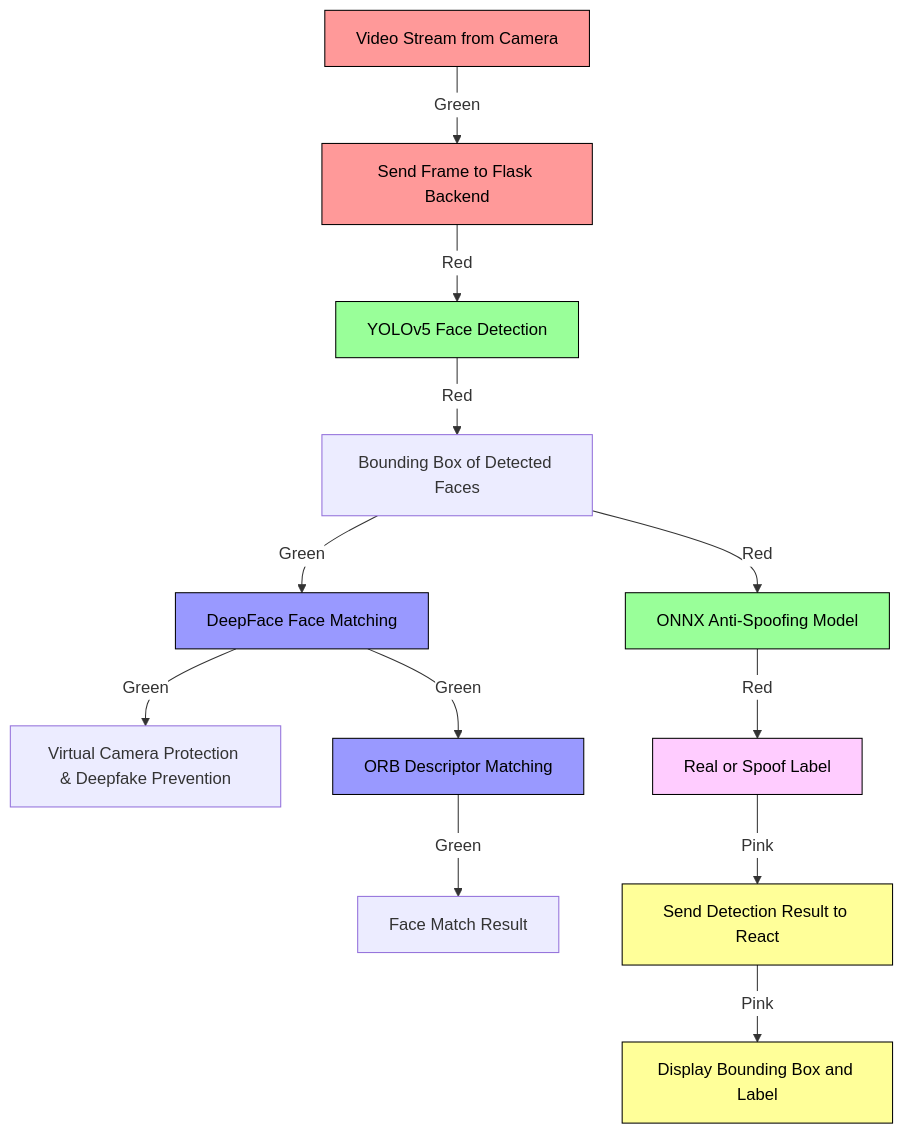
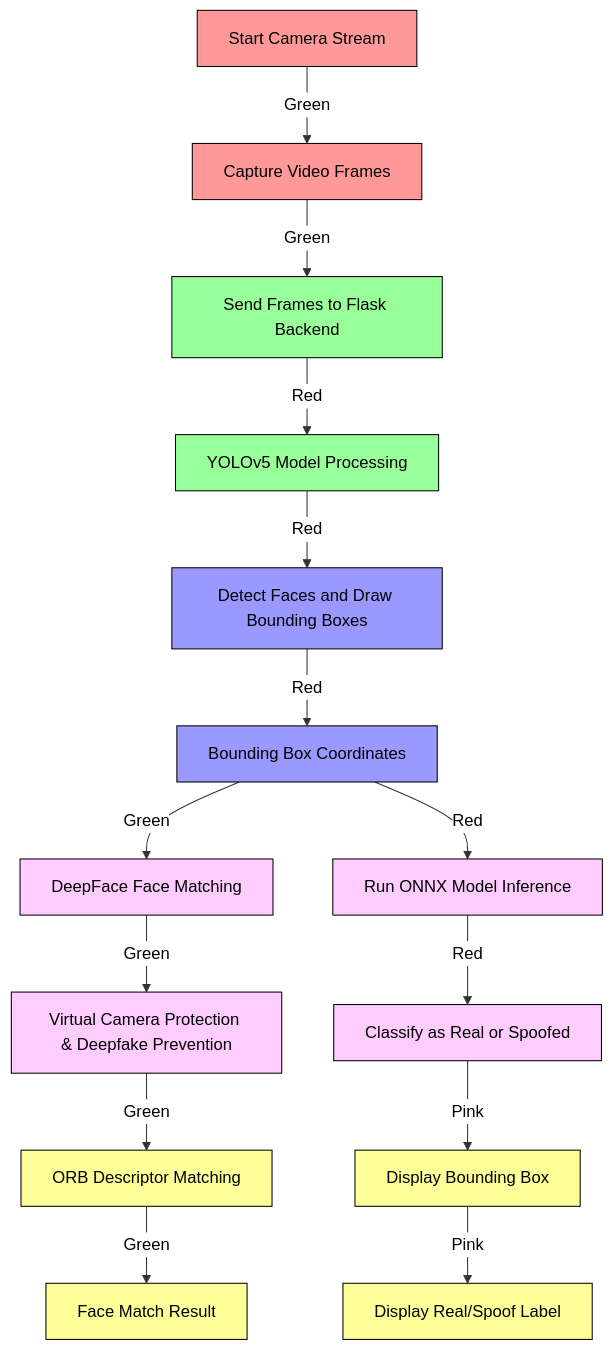
One commit to Tharun-selladurai/face_liveliness_web_platform changed the sixth of 6 diagrams in README.md. Above: the diagram before and after it, drawn with Mermaid. The commit also changed other lines of this file, not shown here.

````diff
--- a/README.md
+++ b/README.md
@@ -127,29 +125,31 @@
 ```mermaid
-%%{init: {'theme': 'default', 'themeVariables': {'edgeLabelBackground':'#ffffff', 'tertiaryColor':'#ffffff'}}}%%
+%%{init: { "theme": "default", "themeVariables": { "edgeLabelBackground": "#ffffff", "tertiaryColor": "#ffffff", "primaryColor": "#ff9999", "edgeColor": "#008000", "textColor": "#000000" }}}%%
 graph TD;
-    A[Video Stream from Camera] -->|Green| B[Send Frame to Flask Backend]
-    B -->|Red| C[YOLOv5 Face Detection]
-    C -->|Red| D[Bounding Box of Detected Faces]
-    D -->|Green| E[DeepFace Face Matching]
-    E -->|Green| F[Virtual Camera Protection & Deepfake Prevention]
-    E -->|Green| G[ORB Descriptor Matching]
-    G -->|Green| H[Face Match Result]
-    D -->|Red| I[ONNX Anti-Spoofing Model]
-    I -->|Red| J[Real or Spoof Label]
-    J -->|Pink| K[Send Detection Result to React]
-    K -->|Pink| L[Display Bounding Box and Label]
+    A[Start Camera Stream] -->|Green| B[Capture Video Frames]
+    B -->|Green| C[Send Frames to Flask Backend]
+    C -->|Red| D[YOLOv5 Model Processing]
+    D -->|Red| E[Detect Faces and Draw Bounding Boxes]
+    E -->|Red| F[Bounding Box Coordinates]
+    F -->|Green| G[DeepFace Face Matching]
+    G -->|Green| H[Virtual Camera Protection & Deepfake Prevention]
+    H -->|Green| I[ORB Descriptor Matching]
+    I -->|Green| J[Face Match Result]
+    F -->|Red| K[Run ONNX Model Inference]
+    K -->|Red| L[Classify as Real or Spoofed]
+    L -->|Pink| M[Display Bounding Box]
+    M -->|Pink| N[Display Real/Spoof Label]
     
-    %% Define colors
     classDef capture fill:#ff9999,stroke:#000000,color:#000000;
     classDef detect fill:#99ff99,stroke:#000000,color:#000000;
     classDef match fill:#9999ff,stroke:#000000,color:#000000;
     classDef antiSpoof fill:#ffccff,stroke:#000000,color:#000000;
     classDef display fill:#ffff99,stroke:#000000,color:#000000;
     
-    %% Assign colors to nodes
     class A,B capture;
-    class C,I detect;
-    class E,G match;
-    class J antiSpoof;
-    class K,L display;
+    class C,D detect;
+    class E,F match;
+    class G,H antiSpoof;
+    class I,J display;
+    class K,L antiSpoof;
+    class M,N display;
 ```
````
